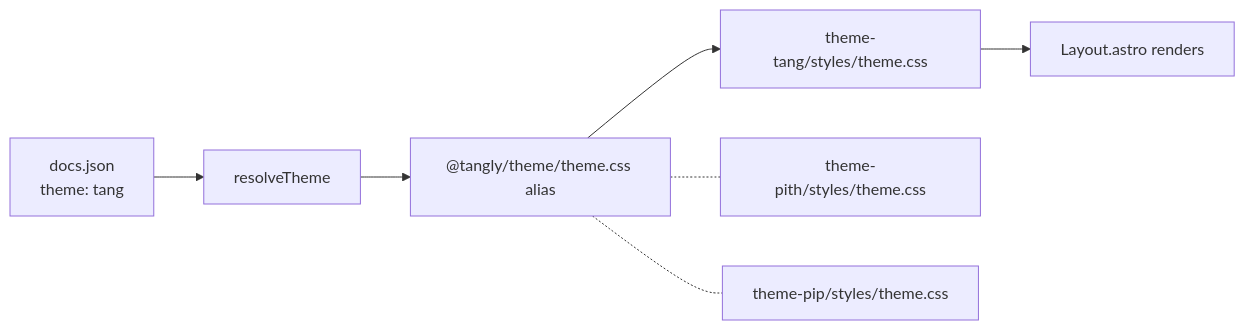
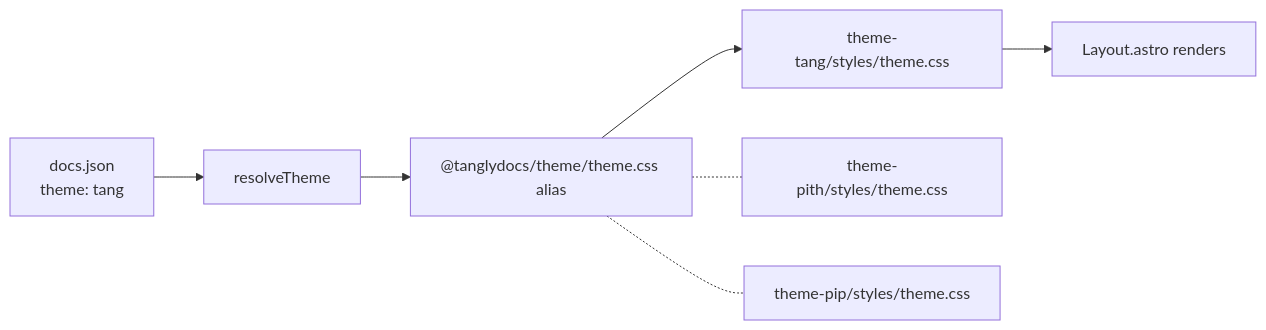
One commit to tanglydocs/tangly changed the diagram in docs/reference/schema/themes.mdx. Above: the diagram before and after it, drawn with Mermaid. The commit also changed other lines of this file and 85 other files, not shown here.

First line of the commit message:
refactor(scope): rename @tangly/* → @tanglydocs/* + publish all 8 packages

````diff
--- a/docs/reference/schema/themes.mdx
+++ b/docs/reference/schema/themes.mdx
@@ -46,9 +46,9 @@
 ```mermaid
 flowchart LR
   C[docs.json<br/>theme: tang] --> R[resolveTheme]
-  R --> A["@tangly/theme/theme.css alias"]
+  R --> A["@tanglydocs/theme/theme.css alias"]
   A --> T1[theme-tang/styles/theme.css]
   A -.- T2[theme-pith/styles/theme.css]
   A -.- T3[theme-pip/styles/theme.css]
   T1 --> L[Layout.astro renders]
 ```
````
